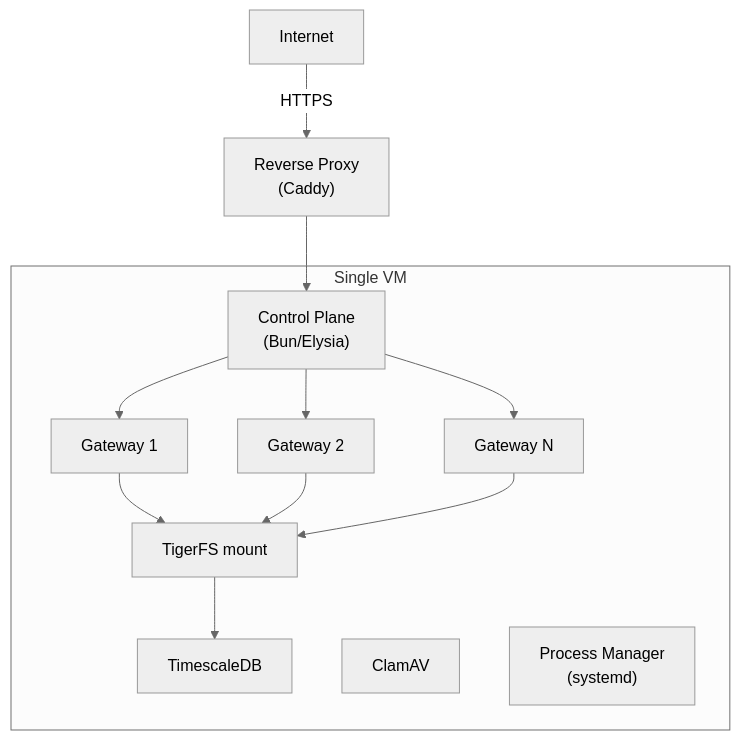
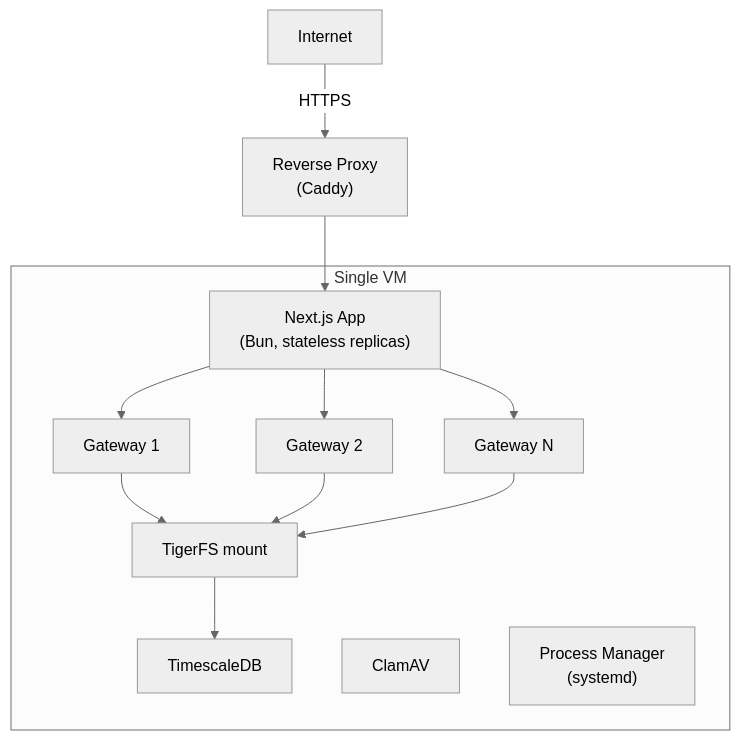
One commit to 1qh/claw changed the second of 5 diagrams in plan/07-scale.md. Above: the diagram before and after it, drawn with Mermaid (neutral theme). The commit also changed other lines of this file and 181 other files, not shown here.

````diff
--- a/plan/07-scale.md
+++ b/plan/07-scale.md
@@ -44,18 +44,18 @@
 ```mermaid
 graph TB
     subgraph "Single VM"
-        CP["Control Plane\n(Bun/Elysia)"]
+        CP["Next.js App\n(Bun, stateless replicas)"]
         TSDB["TimescaleDB"]
         TFS["TigerFS mount"]
         CLAM["ClamAV"]
         GW1["Gateway 1"]
         GW2["Gateway 2"]
         GWN["Gateway N"]
         PM["Process Manager\n(systemd)"]
     end
 
     INTERNET["Internet"] -->|HTTPS| PROXY["Reverse Proxy\n(Caddy)"]
     PROXY --> CP
     CP --> GW1 & GW2 & GWN
     GW1 & GW2 & GWN --> TFS --> TSDB
 ```
````
